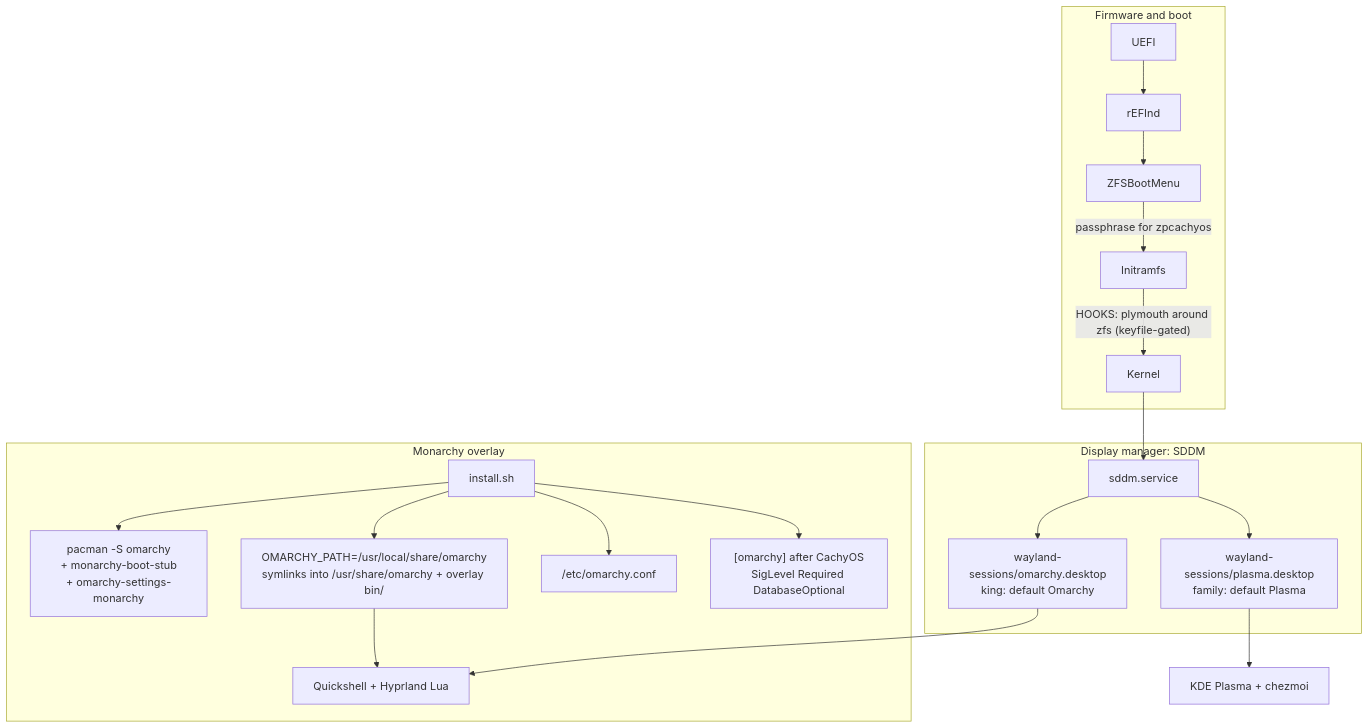
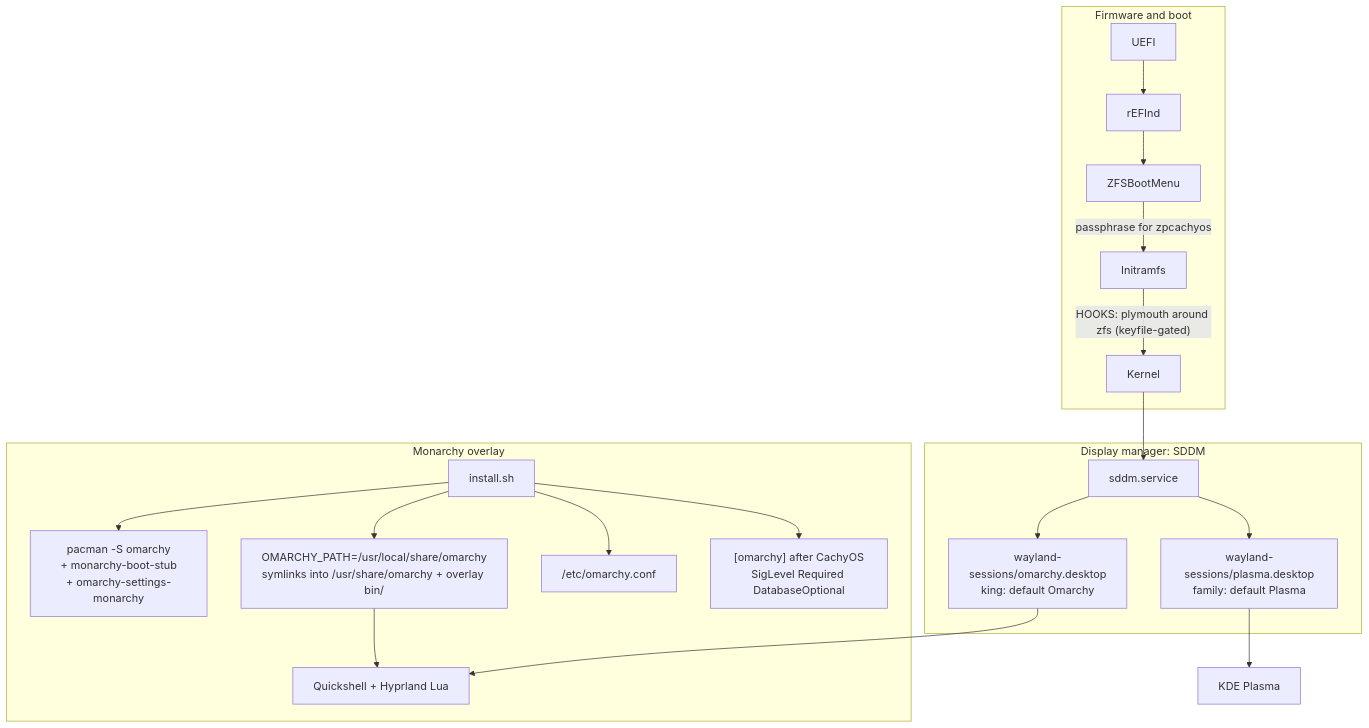
Before and after one commit to dieuwedeboer/dotfiles: the first of 2 diagrams in docs/monarchy.md, drawn with Mermaid. The commit also changed other lines of this file and 99 other files, not shown here.

````diff
--- a/docs/monarchy.md
+++ b/docs/monarchy.md
@@ -39,31 +39,31 @@
 ```mermaid
 flowchart TB
   subgraph boot [Firmware and boot]
     UEFI --> rEFInd
     rEFInd --> ZBM[ZFSBootMenu]
     ZBM -->|"passphrase for zpcachyos"| Initramfs
     Initramfs -->|"HOOKS: plymouth around zfs (keyfile-gated)"| Kernel
   end
 
   subgraph dm [Display manager: SDDM]
     Kernel --> SDDM[sddm.service]
     SDDM --> PlasmaSession["wayland-sessions/plasma.desktop<br/>family: default Plasma"]
     SDDM --> OmarchySession["wayland-sessions/omarchy.desktop<br/>king: default Omarchy"]
   end
 
   subgraph overlay [Monarchy overlay]
     Bridge["install.sh"]
     Pkgs["pacman -S omarchy<br/>+ monarchy-boot-stub<br/>+ omarchy-settings-monarchy"]
     Work["OMARCHY_PATH=/usr/local/share/omarchy<br/>symlinks into /usr/share/omarchy + overlay bin/"]
     Conf["/etc/omarchy.conf"]
     Repo["[omarchy] after CachyOS<br/>SigLevel Required DatabaseOptional"]
     Bridge --> Pkgs
     Bridge --> Work
     Bridge --> Conf
     Bridge --> Repo
     OmarchySession --> QS[Quickshell + Hyprland Lua]
     Work --> QS
   end
 
-  PlasmaSession --> KDE[KDE Plasma + chezmoi]
+  PlasmaSession --> KDE[KDE Plasma]
 ```
````
